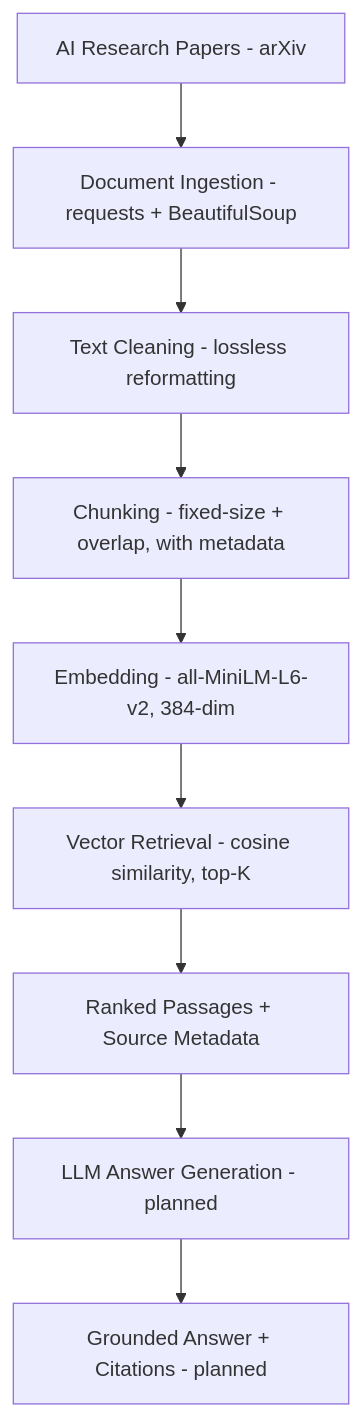
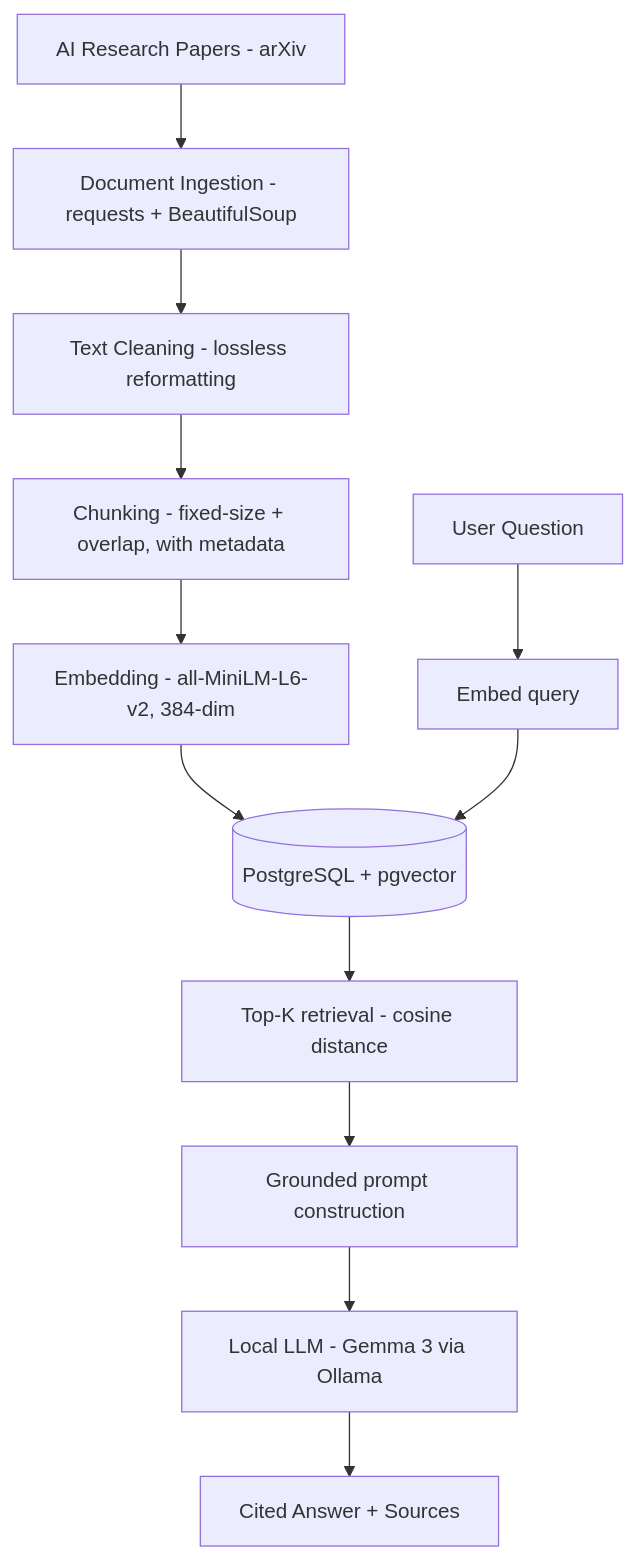
Before and after one commit to HarshaKoushikTeja/rag-research-assistant: the diagram in README.md, drawn with Mermaid. The commit also changed other lines of this file, not shown here.

Commit message:
docs: update README for completed Phase 1 (pgvector + local LLM generation)

````diff
--- a/README.md
+++ b/README.md
@@ -38,11 +43,14 @@
 ```mermaid
 flowchart TD
     A[AI Research Papers - arXiv] --> B[Document Ingestion - requests + BeautifulSoup]
     B --> C[Text Cleaning - lossless reformatting]
     C --> D[Chunking - fixed-size + overlap, with metadata]
     D --> E[Embedding - all-MiniLM-L6-v2, 384-dim]
-    E --> F[Vector Retrieval - cosine similarity, top-K]
-    F --> G[Ranked Passages + Source Metadata]
-    G --> H[LLM Answer Generation - planned]
-    H --> I[Grounded Answer + Citations - planned]
+    E --> F[(PostgreSQL + pgvector)]
+    G[User Question] --> H[Embed query]
+    H --> F
+    F --> I[Top-K retrieval - cosine distance]
+    I --> J[Grounded prompt construction]
+    J --> K[Local LLM - Gemma 3 via Ollama]
+    K --> L[Cited Answer + Sources]
 ```
````
